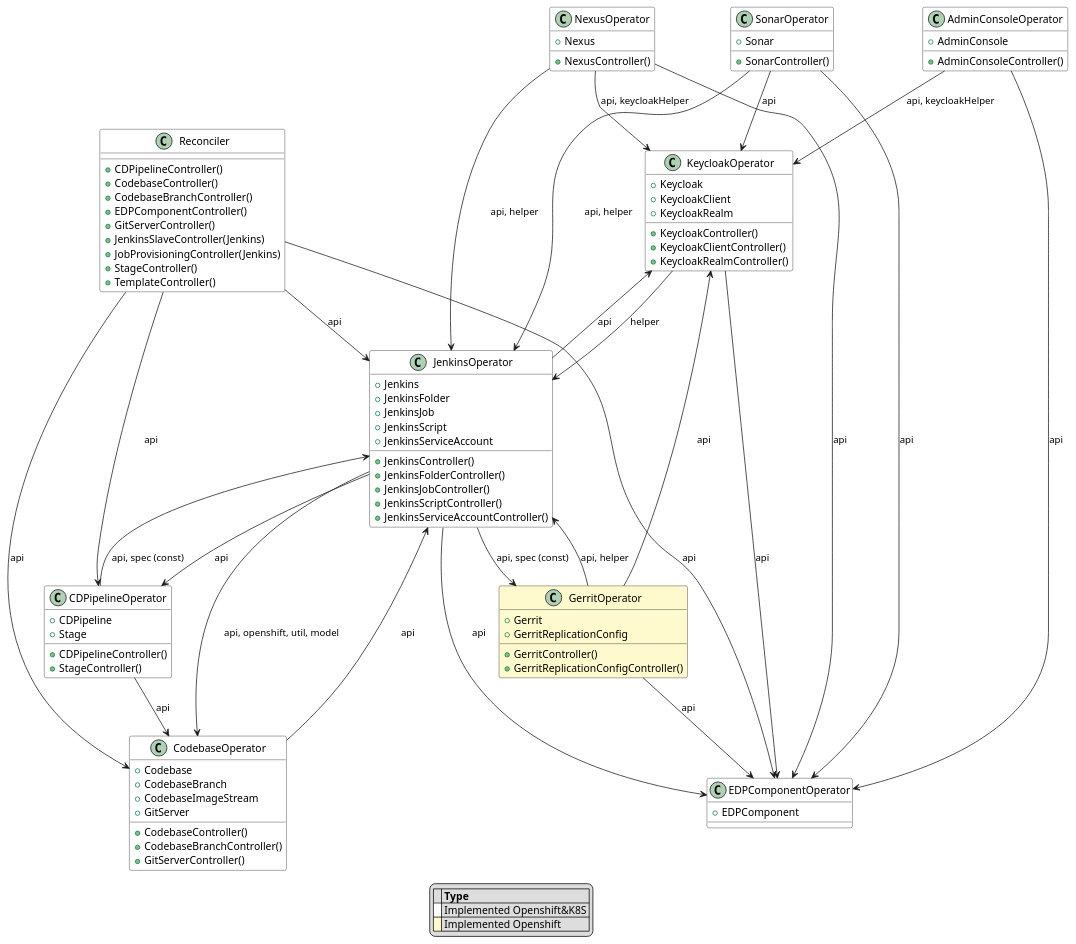
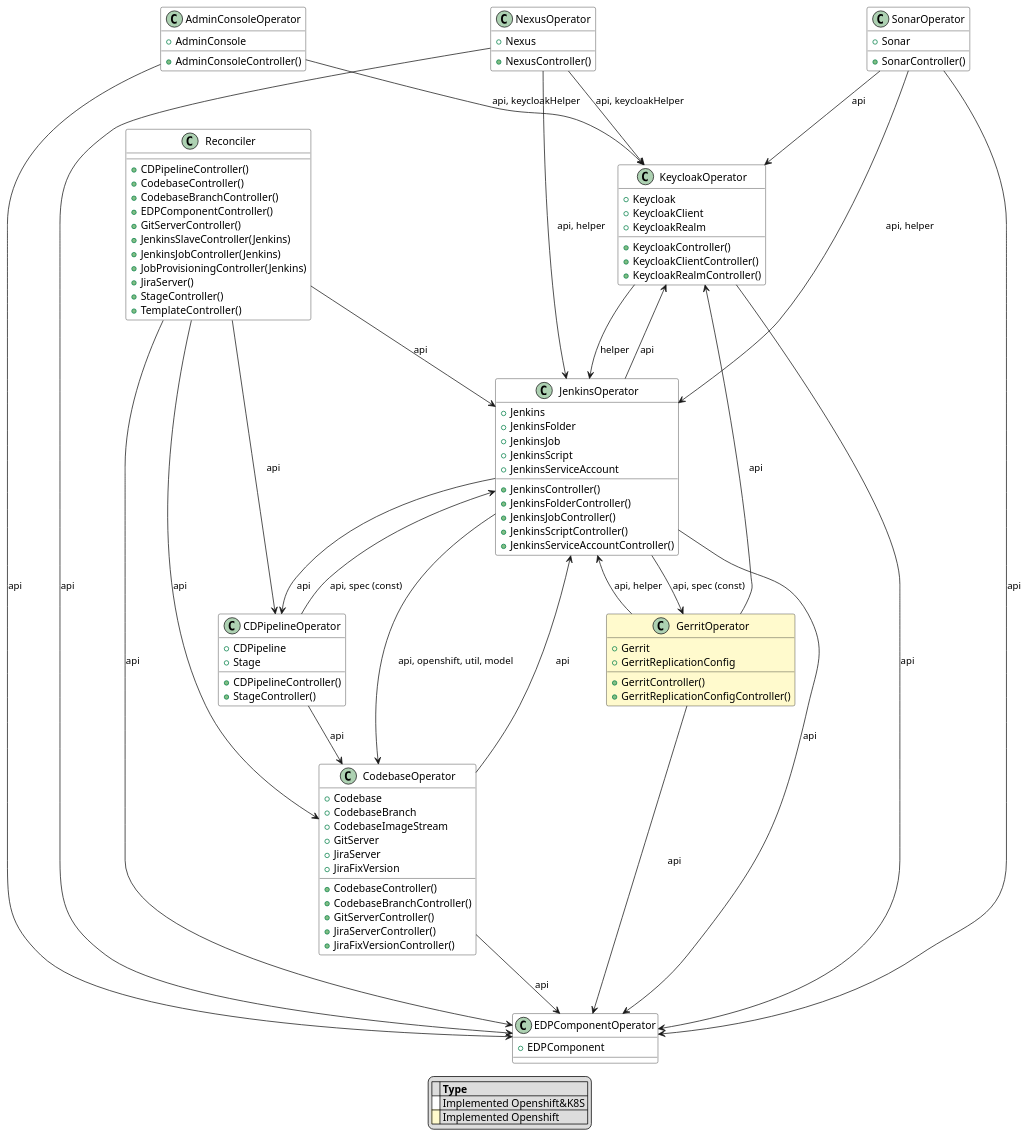
One commit to epam/edp-architecture changed the diagram in module-based-acrhitecture/operators/operators-current.puml. Above: the diagram before and after it, drawn with PlantUML.

Commit message:
[ARCH] Update current state diagram

```diff
--- a/module-based-acrhitecture/operators/operators-current.puml
+++ b/module-based-acrhitecture/operators/operators-current.puml
@@ -1,107 +1,114 @@
 @startuml
 
 skinparam class {
     BackgroundColor #white
 }
 
 class AdminConsoleOperator {
 +AdminConsole
 +AdminConsoleController()
 }
 class CDPipelineOperator {
 +CDPipeline
 +Stage
 +CDPipelineController()
 +StageController()
 }
 class CodebaseOperator {
 +Codebase
 +CodebaseBranch
 +CodebaseImageStream
 +GitServer
++JiraServer
++JiraFixVersion
 +CodebaseController()
 +CodebaseBranchController()
 +GitServerController()
++JiraServerController()
++JiraFixVersionController()
 }
 class EDPComponentOperator {
 +EDPComponent
 }
 class GerritOperator #lemonchiffon {
 +Gerrit
 +GerritReplicationConfig
 +GerritController()
 +GerritReplicationConfigController()
 }
 class JenkinsOperator {
 +Jenkins
 +JenkinsFolder
 +JenkinsJob
 +JenkinsScript
 +JenkinsServiceAccount
 +JenkinsController()
 +JenkinsFolderController()
 +JenkinsJobController()
 +JenkinsScriptController()
 +JenkinsServiceAccountController()
 }
 class KeycloakOperator {
 +Keycloak
 +KeycloakClient
 +KeycloakRealm
 +KeycloakController()
 +KeycloakClientController()
 +KeycloakRealmController()
 }
 class NexusOperator  {
 +Nexus
 +NexusController()
 }
 class SonarOperator {
 +Sonar
 +SonarController()
 }
 class Reconciler {
 +CDPipelineController()
 +CodebaseController()
 +CodebaseBranchController()
 +EDPComponentController()
 +GitServerController()
 +JenkinsSlaveController(Jenkins)
++JenkinsJobController(Jenkins)
 +JobProvisioningController(Jenkins)
++JiraServer()
 +StageController()
 +TemplateController()
 }
 
 AdminConsoleOperator --> EDPComponentOperator : api
 AdminConsoleOperator --> KeycloakOperator : api, keycloakHelper
 CDPipelineOperator --> CodebaseOperator : api
 CDPipelineOperator --> JenkinsOperator : api, spec (const)
 CodebaseOperator --> JenkinsOperator : api
+CodebaseOperator --> EDPComponentOperator : api
 GerritOperator --> EDPComponentOperator : api
 GerritOperator --> JenkinsOperator : api, helper
 GerritOperator --> KeycloakOperator : api
 JenkinsOperator --> CDPipelineOperator : api
 JenkinsOperator --> CodebaseOperator : api, openshift, util, model
 JenkinsOperator --> EDPComponentOperator : api
 JenkinsOperator --> GerritOperator : api, spec (const)
 JenkinsOperator --> KeycloakOperator : api
 KeycloakOperator --> EDPComponentOperator : api
 KeycloakOperator --> JenkinsOperator : helper
 NexusOperator --> EDPComponentOperator : api
 NexusOperator --> JenkinsOperator : api, helper
 NexusOperator --> KeycloakOperator : api, keycloakHelper
 SonarOperator --> EDPComponentOperator : api
 SonarOperator --> JenkinsOperator : api, helper
 SonarOperator --> KeycloakOperator : api
 Reconciler --> CDPipelineOperator : api
 Reconciler --> CodebaseOperator : api
 Reconciler --> EDPComponentOperator : api
 Reconciler --> JenkinsOperator : api
 
 legend
 |= |= Type |
 |<back:white>   </back>| Implemented Openshift&K8S |
 |<back:#lemonchiffon>   </back>| Implemented Openshift |
 endlegend
 
 @enduml
```
